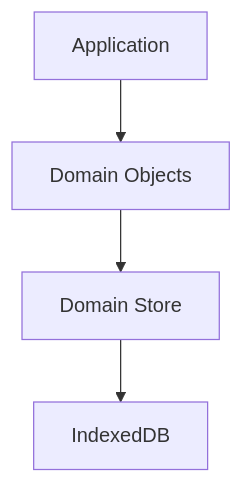
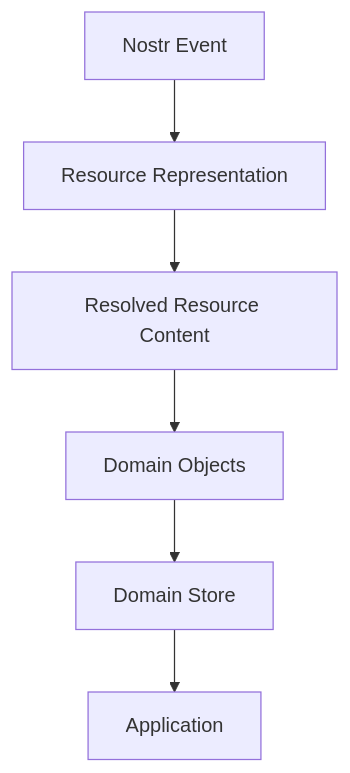
Diagram 12 of 13 in docs/decisions/0002-domain-resource-model.md (kjvonly/kjvonly.bible), drawn with Mermaid before and after one commit. The commit also changed other lines of this file, not shown here.

````diff
--- a/docs/decisions/0002-domain-resource-model.md
+++ b/docs/decisions/0002-domain-resource-model.md
@@ -1104,11 +793,15 @@
 ```mermaid
 flowchart TD
 
-    UI["Application"]
+    EVENT["Nostr Event"]
 
-    UI --> DOMAIN["Domain Objects"]
+    EVENT --> REPRESENTATION["Resource Representation"]
 
-    DOMAIN --> STORE["Domain Store"]
+    REPRESENTATION --> CONTENT["Resolved Resource Content"]
 
-    STORE --> INDEXEDDB["IndexedDB"]
+    CONTENT --> OBJECTS["Domain Objects"]
+
+    OBJECTS --> STORE["Domain Store"]
+
+    STORE --> APP["Application"]
 ```
````
